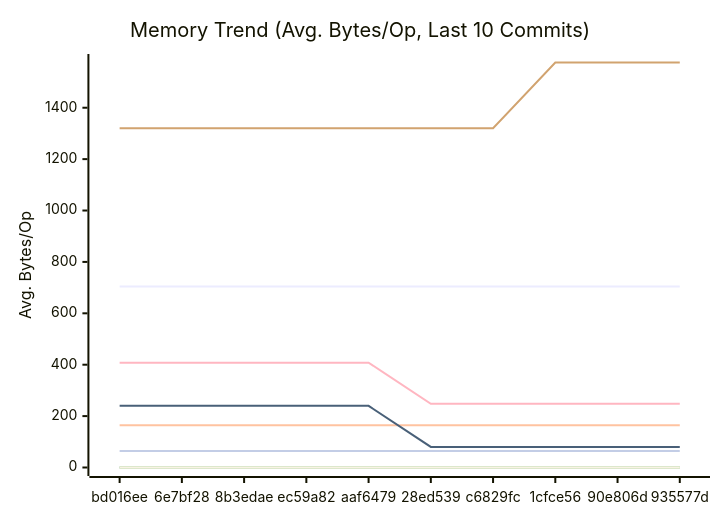
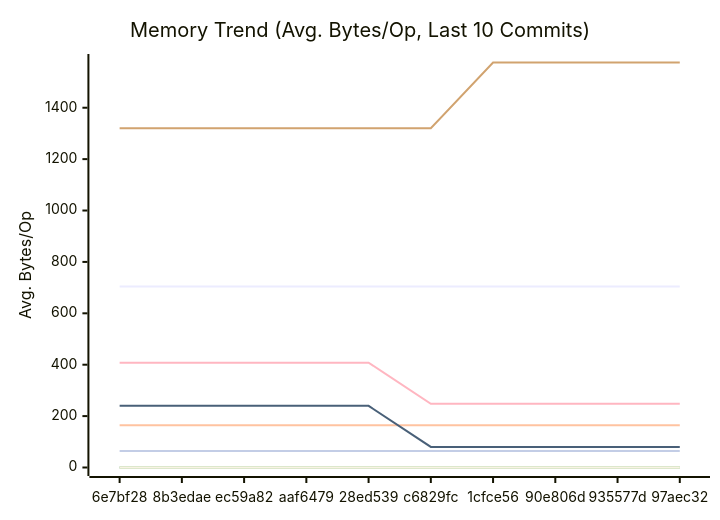
Before and after one commit to alsotoes/momo: the second of 3 diagrams in docs/PERFORMANCE.md, drawn with Mermaid. The commit also changed other lines of this file and 2 other files, not shown here.

````diff
--- a/docs/PERFORMANCE.md
+++ b/docs/PERFORMANCE.md
@@ -152,18 +152,18 @@
 ```mermaid
 xychart-beta
     title "Memory Trend (Avg. Bytes/Op, Last 10 Commits)"
     x-axis "Commit"
     y-axis "Avg. Bytes/Op"
-    x-axis [bd016ee,6e7bf28,8b3edae,ec59a82,aaf6479,28ed539,c6829fc,1cfce56,90e806d,935577d]
+    x-axis [6e7bf28,8b3edae,ec59a82,aaf6479,28ed539,c6829fc,1cfce56,90e806d,935577d,97aec32]
     line "CheckMetricsAndSwap" [0,0,0,0,0,0,0,0,0,0]
     line "CrushOptimized" [0,0,0,0,0,0,0,0,0,0]
     line "CrushOriginal" [164,164,164,164,164,164,164,164,164,164]
     line "IndexDirectTracking" [0,0,0,0,0,0,0,0,0,0]
     line "IndexSearch" [0,0,0,0,0,0,0,0,0,0]
-    line "LoadGlobalConfig" [1320,1320,1320,1320,1320,1320,1320,1576,1576,1576]
+    line "LoadGlobalConfig" [1320,1320,1320,1320,1320,1320,1576,1576,1576,1576]
     line "PadString" [64,64,64,64,64,64,64,64,64,64]
     line "ParseReplicationOrder_NoPrealloc" [408,408,408,408,408,248,248,248,248,248]
     line "ParseReplicationOrder_Prealloc" [240,240,240,240,240,80,80,80,80,80]
     line "SanitizeLog/Safe" [0,0,0,0,0,0,0,0,0,0]
     line "SanitizeLog/Unsafe" [704,704,704,704,704,704,704,704,704,704]
 ```
````
